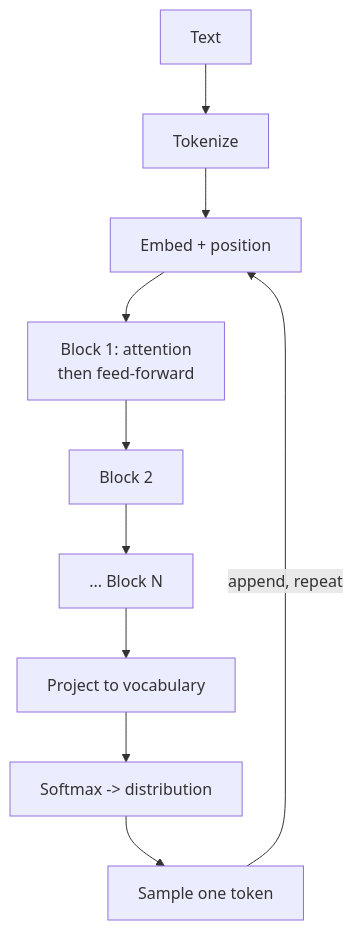
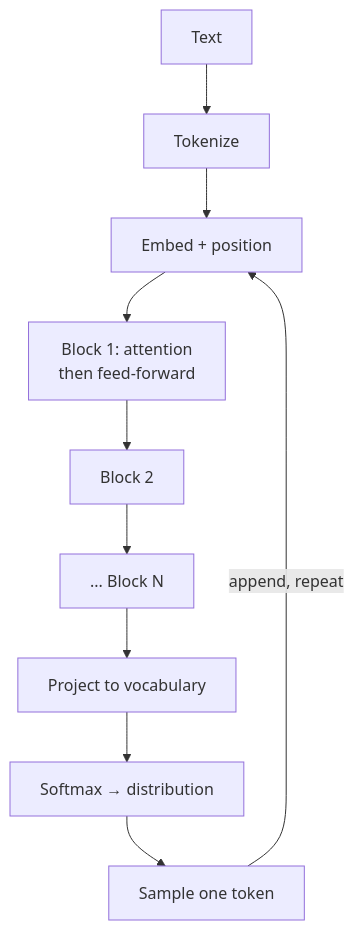
One commit to dataslope/dataslope changed the diagram in content/courses/how-llms-work/the-shape-of-a-transformer.mdx. Above: the diagram before and after it, drawn with Mermaid. The commit also changed 26 other files, not shown here.

````diff
--- a/content/courses/how-llms-work/the-shape-of-a-transformer.mdx
+++ b/content/courses/how-llms-work/the-shape-of-a-transformer.mdx
@@ -61,12 +61,12 @@
 ```mermaid
 flowchart TD
     T["Text"] --> TK["Tokenize"]
     TK --> E["Embed + position"]
     E --> B1["Block 1: attention<br/>then feed-forward"]
     B1 --> B2["Block 2"]
     B2 --> BN["... Block N"]
     BN --> P["Project to vocabulary"]
-    P --> S["Softmax -> distribution"]
+    P --> S["Softmax → distribution"]
     S --> SM["Sample one token"]
     SM -->|"append, repeat"| E
 ```
````
